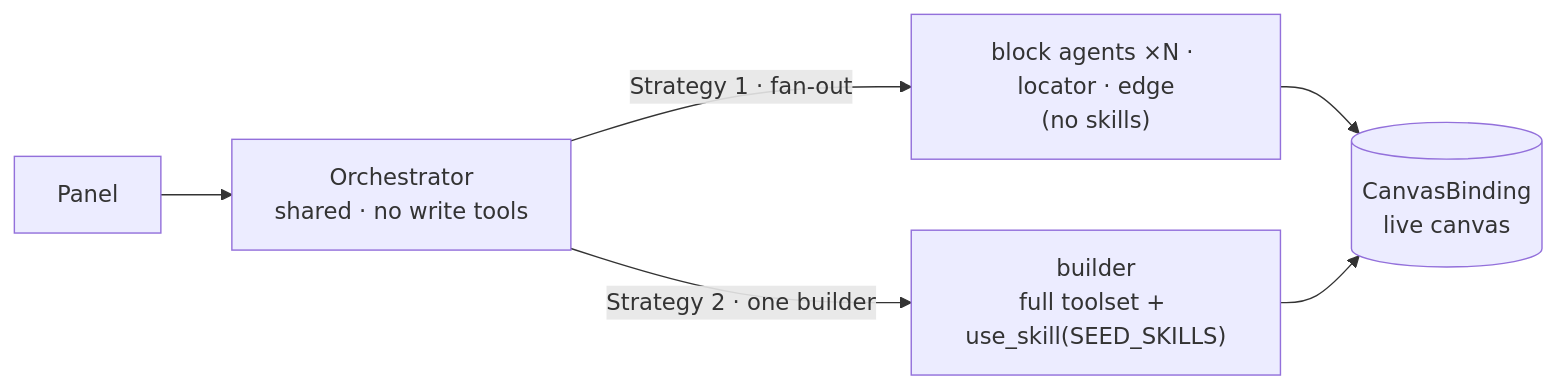
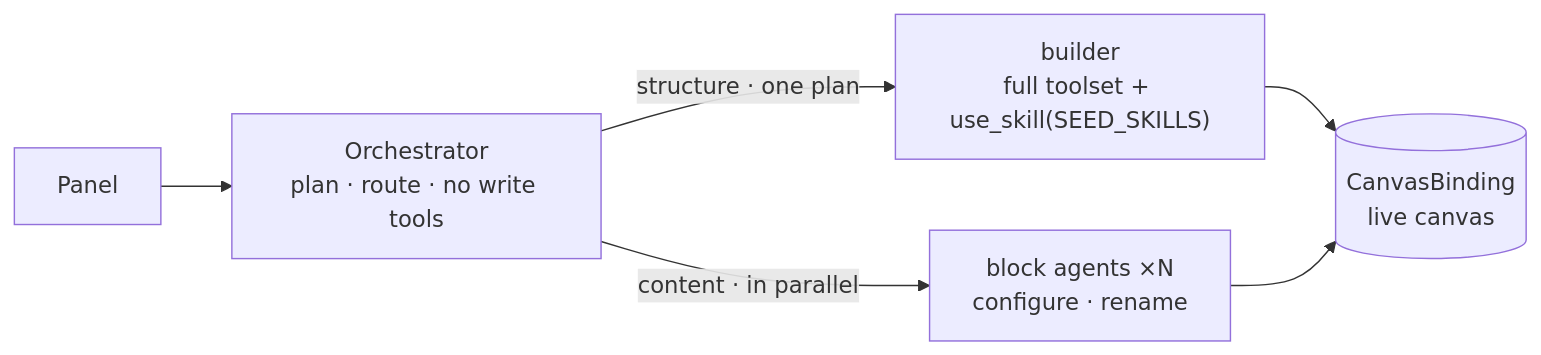
The diagram in docs/browser-agent/README.md (lemoncloud-io/eureka-flow), drawn with Mermaid before and after one commit. The commit also changed other lines of this file and 55 other files, not shown here.

````diff
--- a/docs/browser-agent/README.md
+++ b/docs/browser-agent/README.md
@@ -32,8 +32,8 @@
 ```mermaid
 flowchart LR
-    Panel[Panel] --> Orch["Orchestrator<br/>shared · no write tools"]
-    Orch -->|"Strategy 1 · fan-out"| R1["block agents ×N · locator · edge<br/>(no skills)"]
-    Orch -->|"Strategy 2 · one builder"| R2["builder<br/>full toolset + use_skill(SEED_SKILLS)"]
-    R1 --> CB[("CanvasBinding<br/>live canvas")]
-    R2 --> CB
+    Panel[Panel] --> Orch["Orchestrator<br/>plan · route · no write tools"]
+    Orch -->|"structure · one plan"| B["builder<br/>full toolset + use_skill(SEED_SKILLS)"]
+    Orch -->|"content · in parallel"| BA["block agents ×N<br/>configure · rename"]
+    B --> CB[("CanvasBinding<br/>live canvas")]
+    BA --> CB
 ```
````
